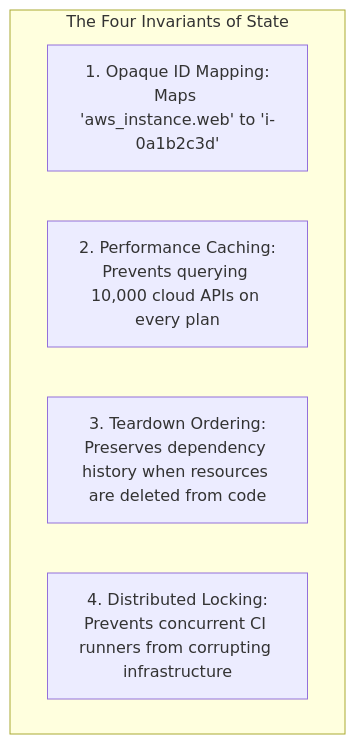
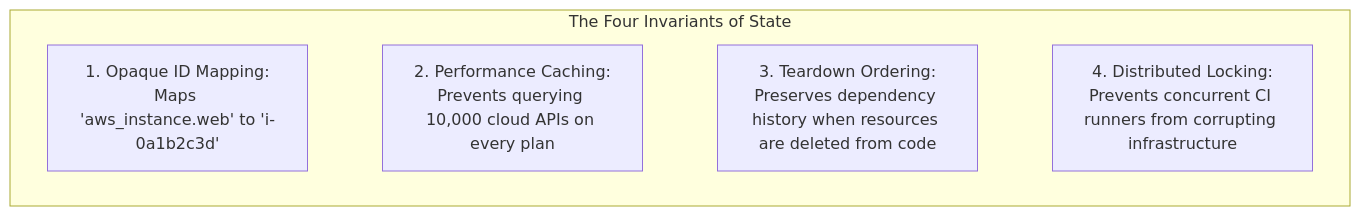
The first of 4 diagrams in technologies/terraform/modules/06-state-internals-and-backends.md (espoem/zero-to-one), drawn with Mermaid before and after one commit. The commit also changed other lines of this file and 171 other files, not shown here.

Commit message:
fix(curriculum): repair LaTeX and KaTeX math blocks, heading uniqueness, and diagram constraints

````diff
--- a/technologies/terraform/modules/06-state-internals-and-backends.md
+++ b/technologies/terraform/modules/06-state-internals-and-backends.md
@@ -26,9 +26,10 @@
 ```mermaid
 flowchart TD
     subgraph WhyStateExists["The Four Invariants of State"]
         M["1. Opaque ID Mapping:\nMaps 'aws_instance.web' to 'i-0a1b2c3d'"]
         P["2. Performance Caching:\nPrevents querying 10,000 cloud APIs on every plan"]
         D["3. Teardown Ordering:\nPreserves dependency history when resources are deleted from code"]
         L["4. Distributed Locking:\nPrevents concurrent CI runners from corrupting infrastructure"]
+        M ~~~ P ~~~ D ~~~ L
     end
 ```
````
